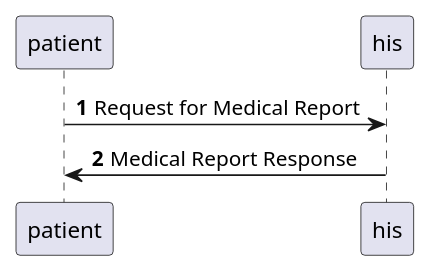
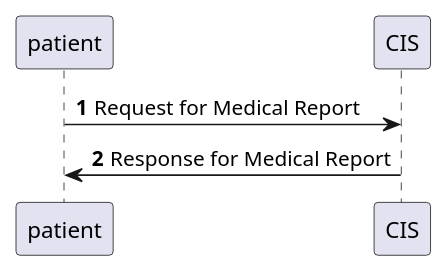
The fourth of 4 diagrams in README.md (twotwo/microservice-physical-exam), drawn with PlantUML before and after one commit. The commit also changed other lines of this file, not shown here.

Commit message:
Add Domain Models with DB Schema

````diff
--- a/README.md
+++ b/README.md
@@ -59,7 +71,7 @@
 ```plantuml
 @startuml
 autonumber
-patient -> his : Request for Medical Report
-patient <- his : Medical Report Response
+patient -> CIS : Request for Medical Report
+patient <- CIS : Response for Medical Report
 @enduml
 ```
````
